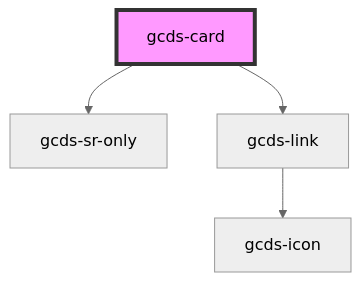
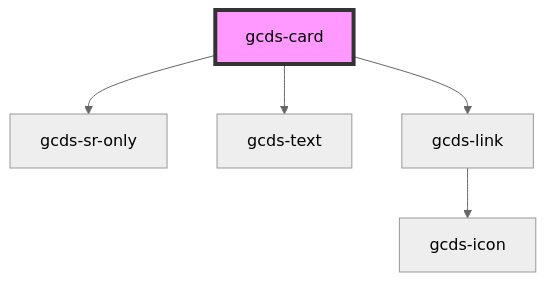
The diagram in packages/web/src/components/gcds-card/readme.md (cds-snc/gcds-components), drawn with Mermaid (neutral theme) before and after one commit. The commit also changed other lines of this file and 4 other files, not shown here.

Commit message:
refactor: integrate gcds-text into gcds-card

````diff
--- a/packages/web/src/components/gcds-card/readme.md
+++ b/packages/web/src/components/gcds-card/readme.md
@@ -30,7 +28,8 @@
 ```mermaid
 graph TD;
   gcds-card --> gcds-sr-only
+  gcds-card --> gcds-text
   gcds-card --> gcds-link
   gcds-link --> gcds-icon
   style gcds-card fill:#f9f,stroke:#333,stroke-width:4px
 ```
````
